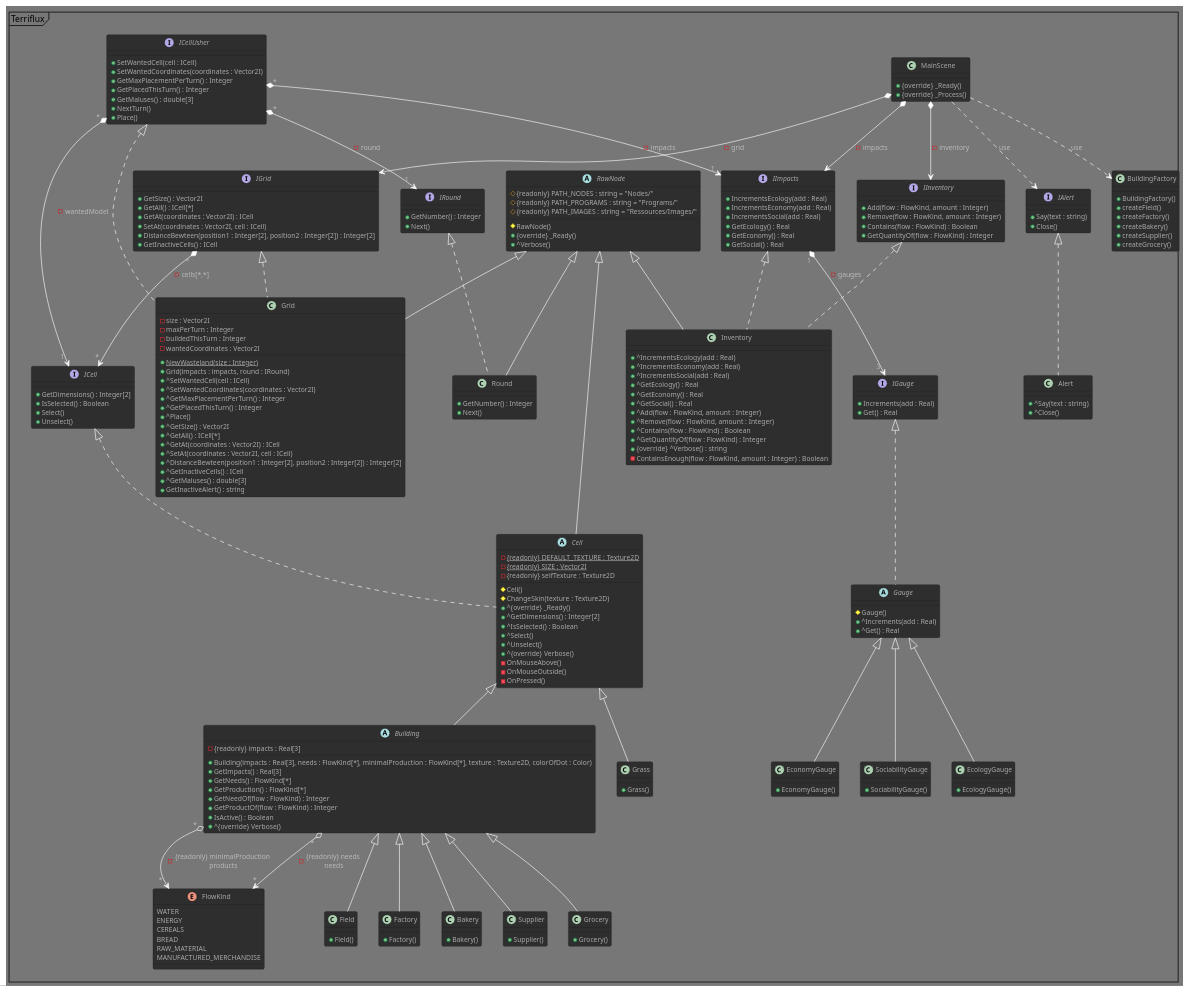
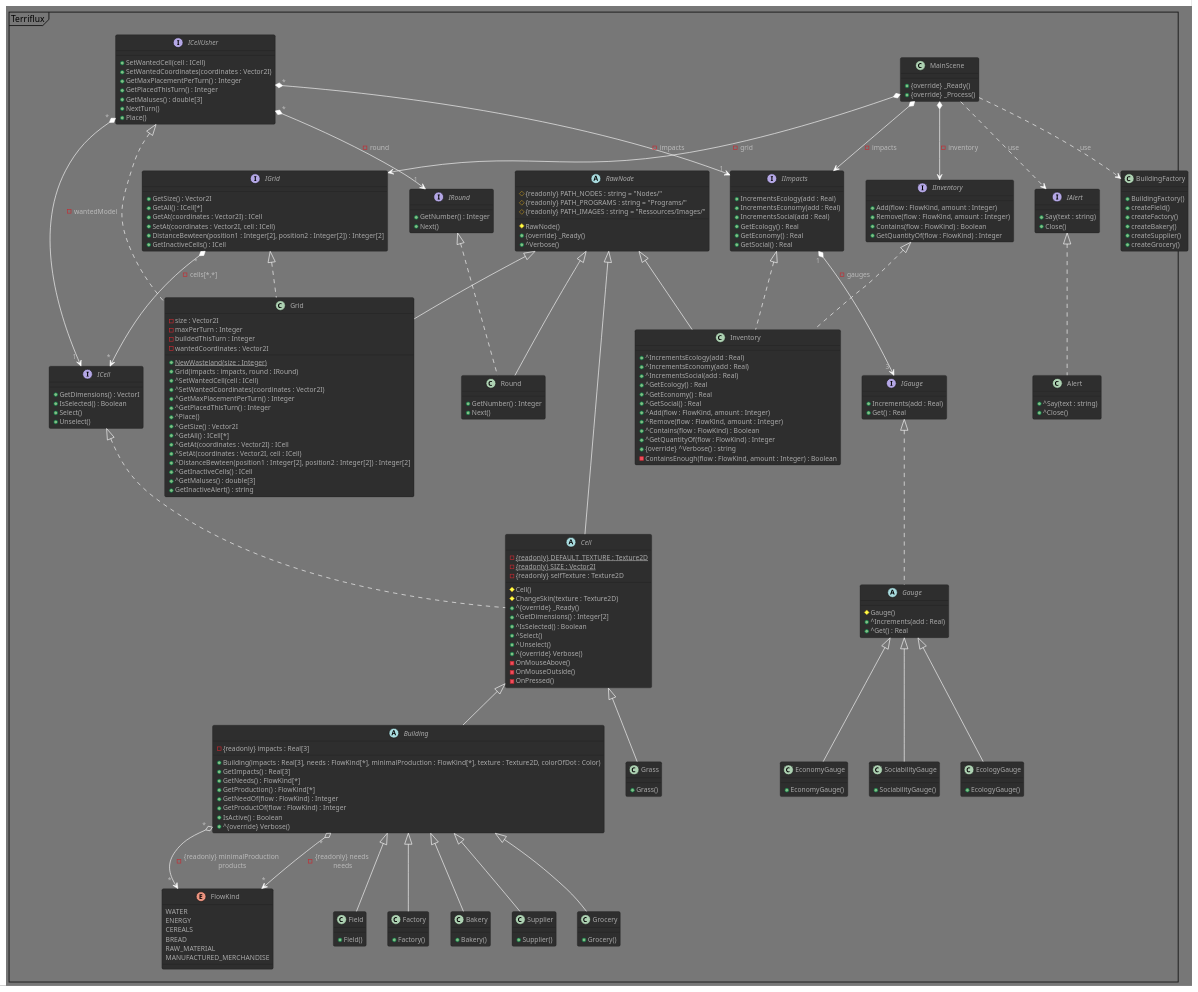
One commit to Spidermatou/Terriflux changed the diagram in Terriflux.puml. Above: the diagram before and after it, drawn with PlantUML. The commit also changed 2 other files, not shown here.

```diff
--- a/Terriflux.puml
+++ b/Terriflux.puml
@@ -30,7 +30,7 @@
 /' CELLS '/
 interface ICell 
 {
-    + GetDimensions() : Integer[2] /' VectorI(x, y) '/
+    + GetDimensions() : VectorI 
     + IsSelected() : Boolean
     + Select()
     + Unselect() /' TODO - actuel ResetTexture '/
```
